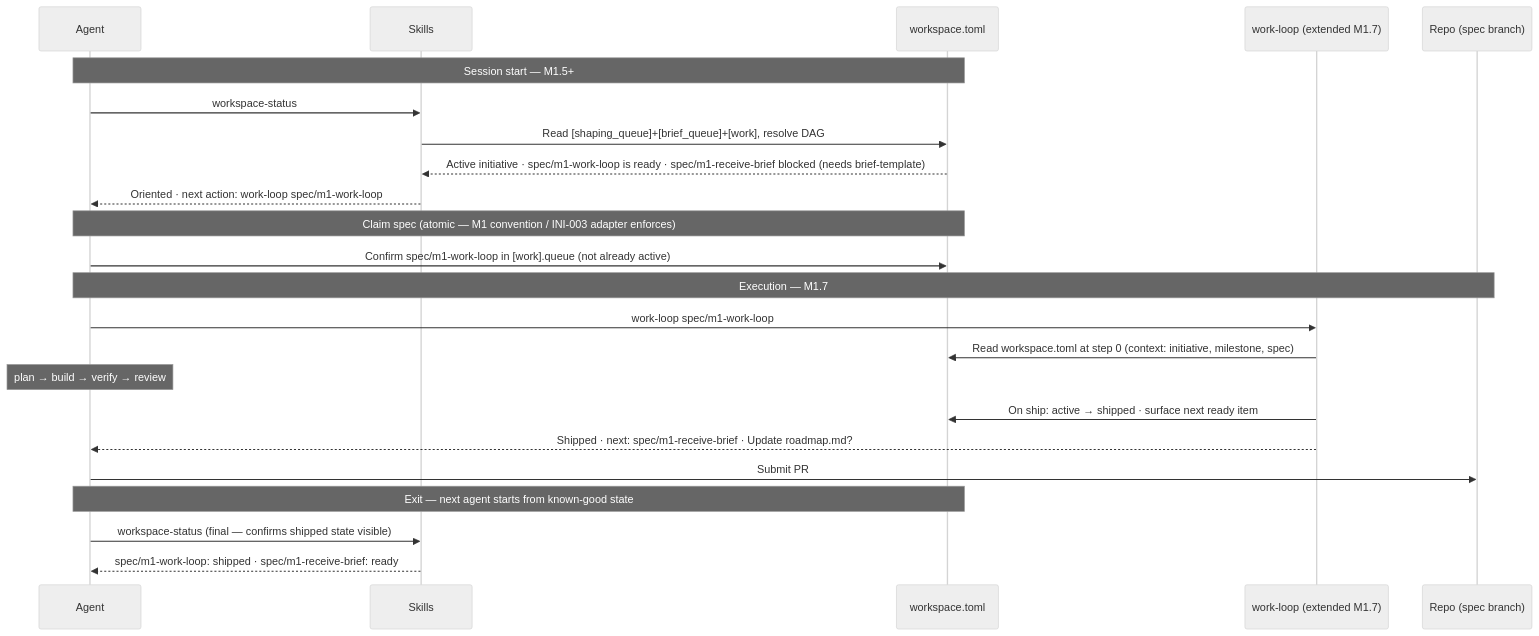
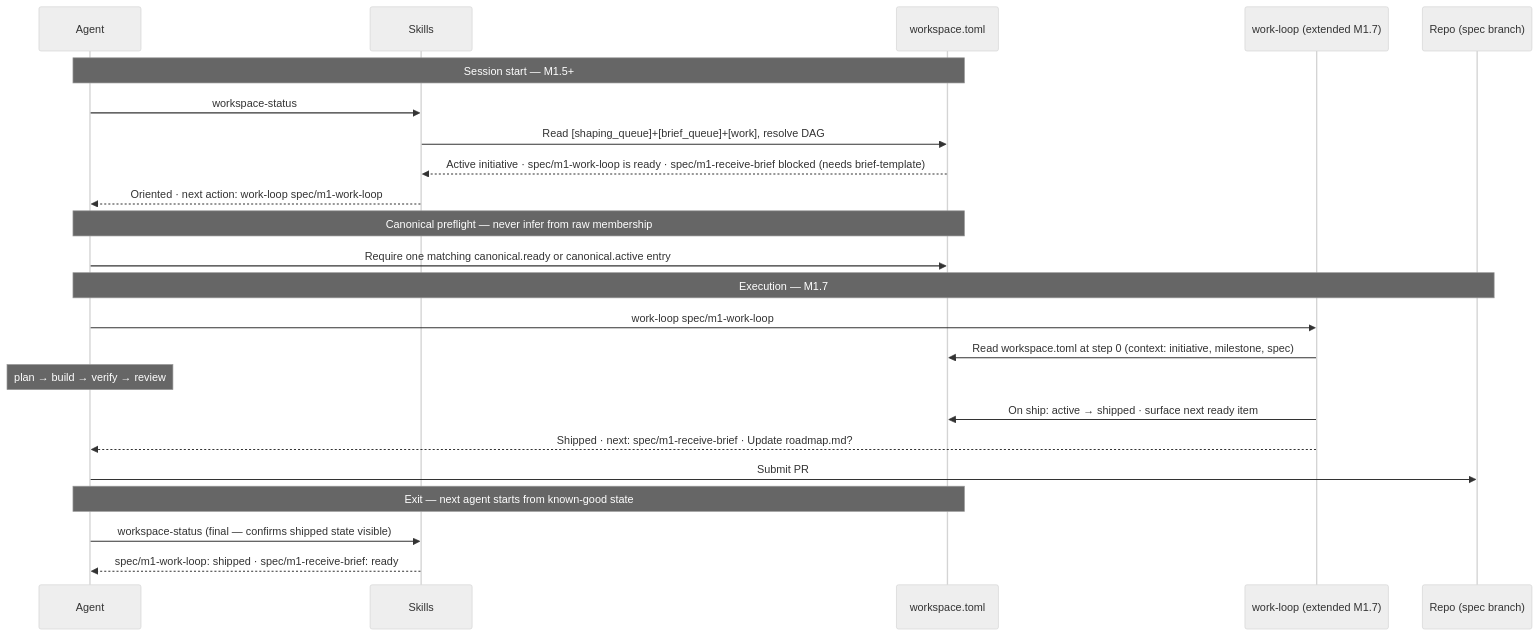
One commit to eugenelim/agent-ready-repo changed the diagram in docs/product/journeys/agent-executes-spec.md. Above: the diagram before and after it, drawn with Mermaid (neutral theme). The commit also changed other lines of this file and 178 other files, not shown here.

````diff
--- a/docs/product/journeys/agent-executes-spec.md
+++ b/docs/product/journeys/agent-executes-spec.md
@@ -58,29 +58,29 @@
 ```mermaid
 sequenceDiagram
     participant A as Agent
     participant SK as Skills
     participant WS as workspace.toml
     participant WL as work-loop (extended M1.7)
     participant R as Repo (spec branch)
 
     Note over A,WS: Session start — M1.5+
     A->>SK: workspace-status
     SK->>WS: Read [shaping_queue]+[brief_queue]+[work], resolve DAG
     WS-->>SK: Active initiative · spec/m1-work-loop is ready · spec/m1-receive-brief blocked (needs brief-template)
     SK-->>A: Oriented · next action: work-loop spec/m1-work-loop
 
-    Note over A,WS: Claim spec (atomic — M1 convention / INI-003 adapter enforces)
-    A->>WS: Confirm spec/m1-work-loop in [work].queue (not already active)
+    Note over A,WS: Canonical preflight — never infer from raw membership
+    A->>WS: Require one matching canonical.ready or canonical.active entry
 
     Note over A,R: Execution — M1.7
     A->>WL: work-loop spec/m1-work-loop
     WL->>WS: Read workspace.toml at step 0 (context: initiative, milestone, spec)
     Note over A: plan → build → verify → review
     WL->>WS: On ship: active → shipped · surface next ready item
     WL-->>A: Shipped · next: spec/m1-receive-brief · Update roadmap.md?
     A->>R: Submit PR
 
     Note over A,WS: Exit — next agent starts from known-good state
     A->>SK: workspace-status (final — confirms shipped state visible)
     SK-->>A: spec/m1-work-loop: shipped · spec/m1-receive-brief: ready
 ```
````
